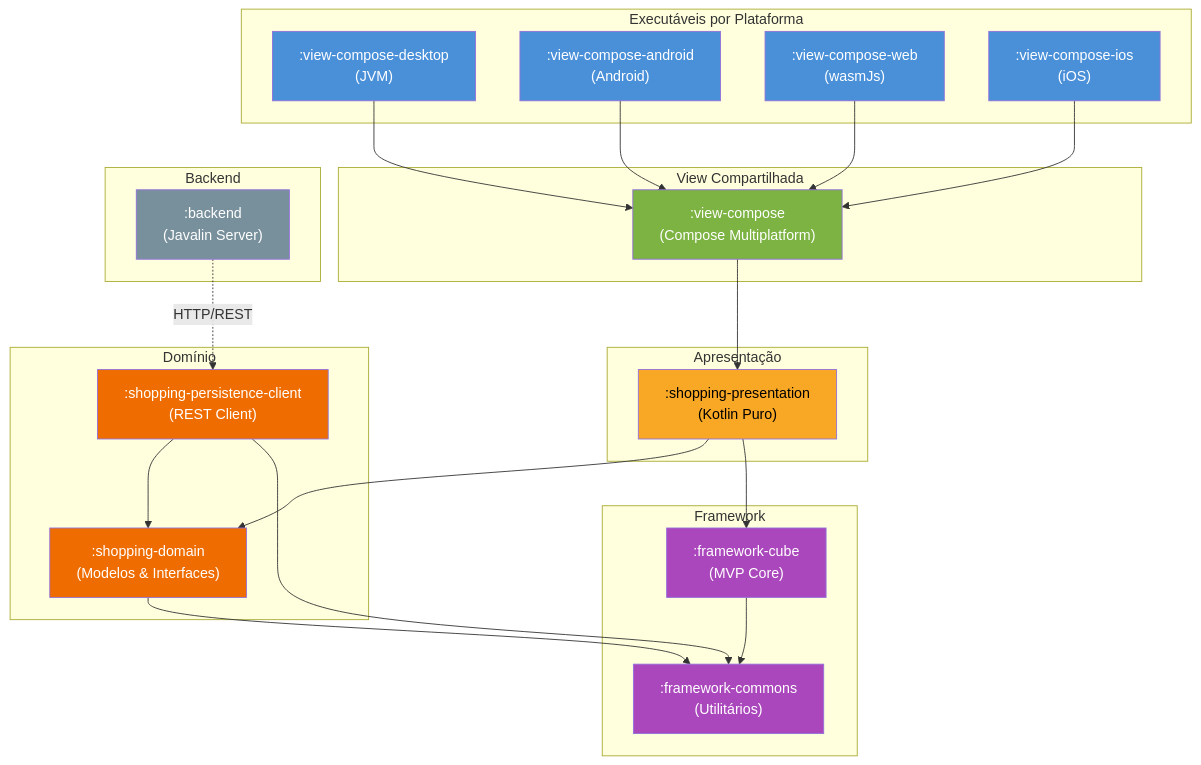
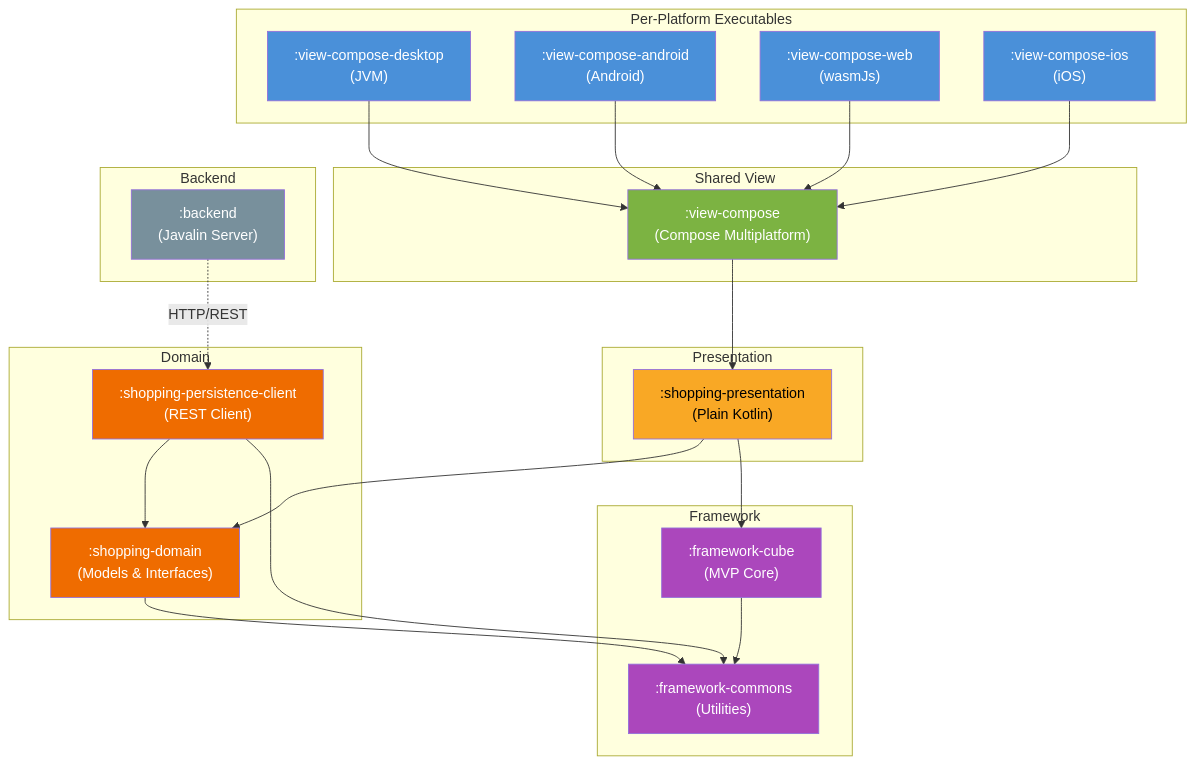
One commit to mrcdom/wdc-cube-kotlin changed the second of 10 diagrams in docs/architecture.md. Above: the diagram before and after it, drawn with Mermaid. The commit also changed other lines of this file and 10 other files, not shown here.

First line of the commit message:
docs: architecture docs and top-level READMEs in US English

````diff
--- a/docs/architecture.md
+++ b/docs/architecture.md
@@ -105,56 +105,56 @@
 ```mermaid
 graph TB
-    subgraph "Executáveis por Plataforma"
+    subgraph "Per-Platform Executables"
         DESK[":view-compose-desktop<br/>(JVM)"]
         ANDR[":view-compose-android<br/>(Android)"]
         WEB[":view-compose-web<br/>(wasmJs)"]
         IOS[":view-compose-ios<br/>(iOS)"]
     end
 
-    subgraph "View Compartilhada"
+    subgraph "Shared View"
         VC[":view-compose<br/>(Compose Multiplatform)"]
     end
 
-    subgraph "Apresentação"
-        PRES[":shopping-presentation<br/>(Kotlin Puro)"]
+    subgraph "Presentation"
+        PRES[":shopping-presentation<br/>(Plain Kotlin)"]
     end
 
-    subgraph "Domínio"
-        DOM[":shopping-domain<br/>(Modelos & Interfaces)"]
+    subgraph "Domain"
+        DOM[":shopping-domain<br/>(Models & Interfaces)"]
         PCLI[":shopping-persistence-client<br/>(REST Client)"]
     end
 
     subgraph "Framework"
         CUBE[":framework-cube<br/>(MVP Core)"]
-        COMM[":framework-commons<br/>(Utilitários)"]
+        COMM[":framework-commons<br/>(Utilities)"]
     end
 
     subgraph "Backend"
         BACK[":backend<br/>(Javalin Server)"]
     end
 
     DESK --> VC
     ANDR --> VC
     WEB --> VC
     IOS --> VC
     VC --> PRES
     PRES --> DOM
     PRES --> CUBE
     PCLI --> DOM
     PCLI --> COMM
     CUBE --> COMM
     DOM --> COMM
     BACK -.->|HTTP/REST| PCLI
 
     style DESK fill:#4a90d9,color:#fff
     style ANDR fill:#4a90d9,color:#fff
     style WEB fill:#4a90d9,color:#fff
     style IOS fill:#4a90d9,color:#fff
     style VC fill:#7cb342,color:#fff
     style PRES fill:#f9a825,color:#000
     style DOM fill:#ef6c00,color:#fff
     style PCLI fill:#ef6c00,color:#fff
     style CUBE fill:#ab47bc,color:#fff
     style COMM fill:#ab47bc,color:#fff
     style BACK fill:#78909c,color:#fff
 ```
````
